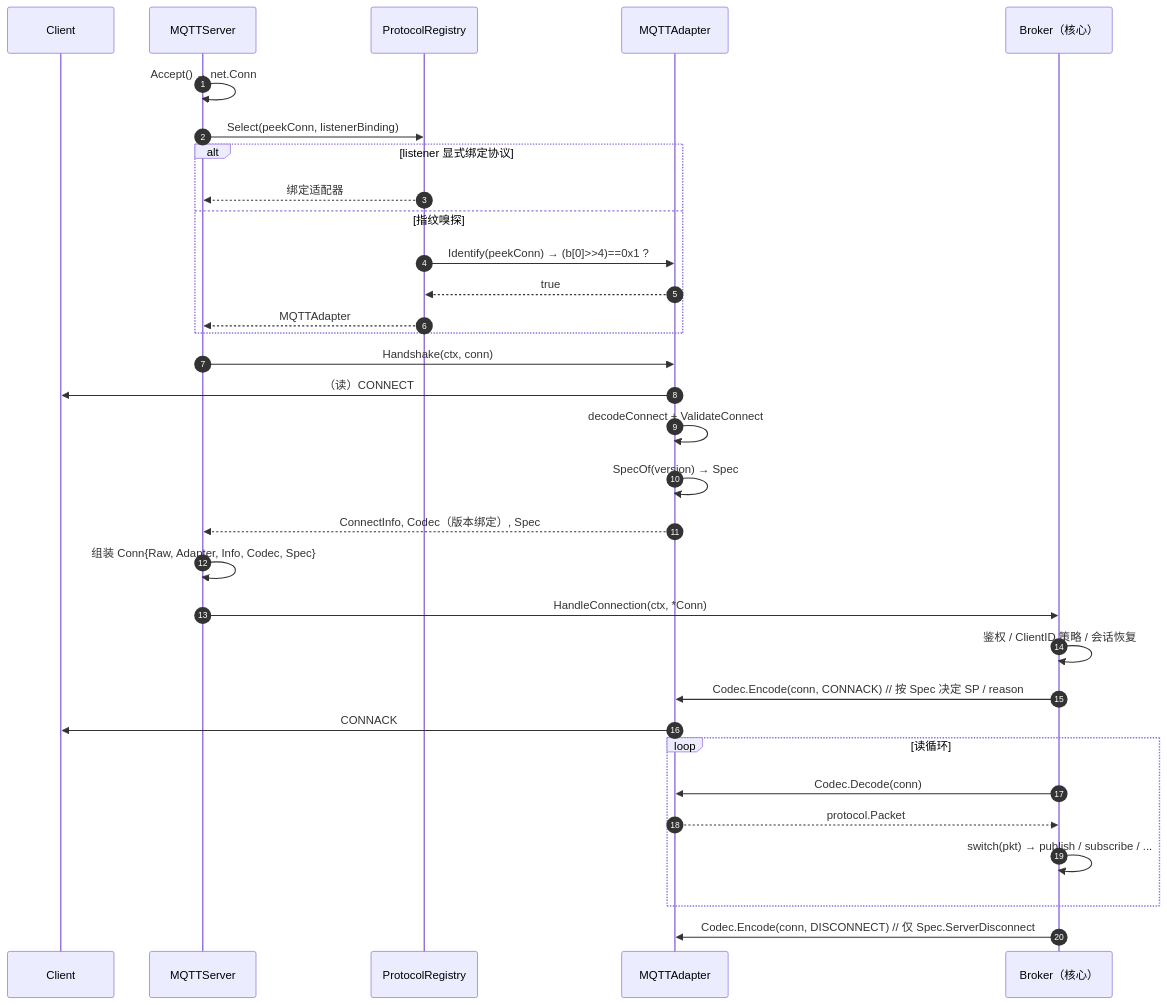
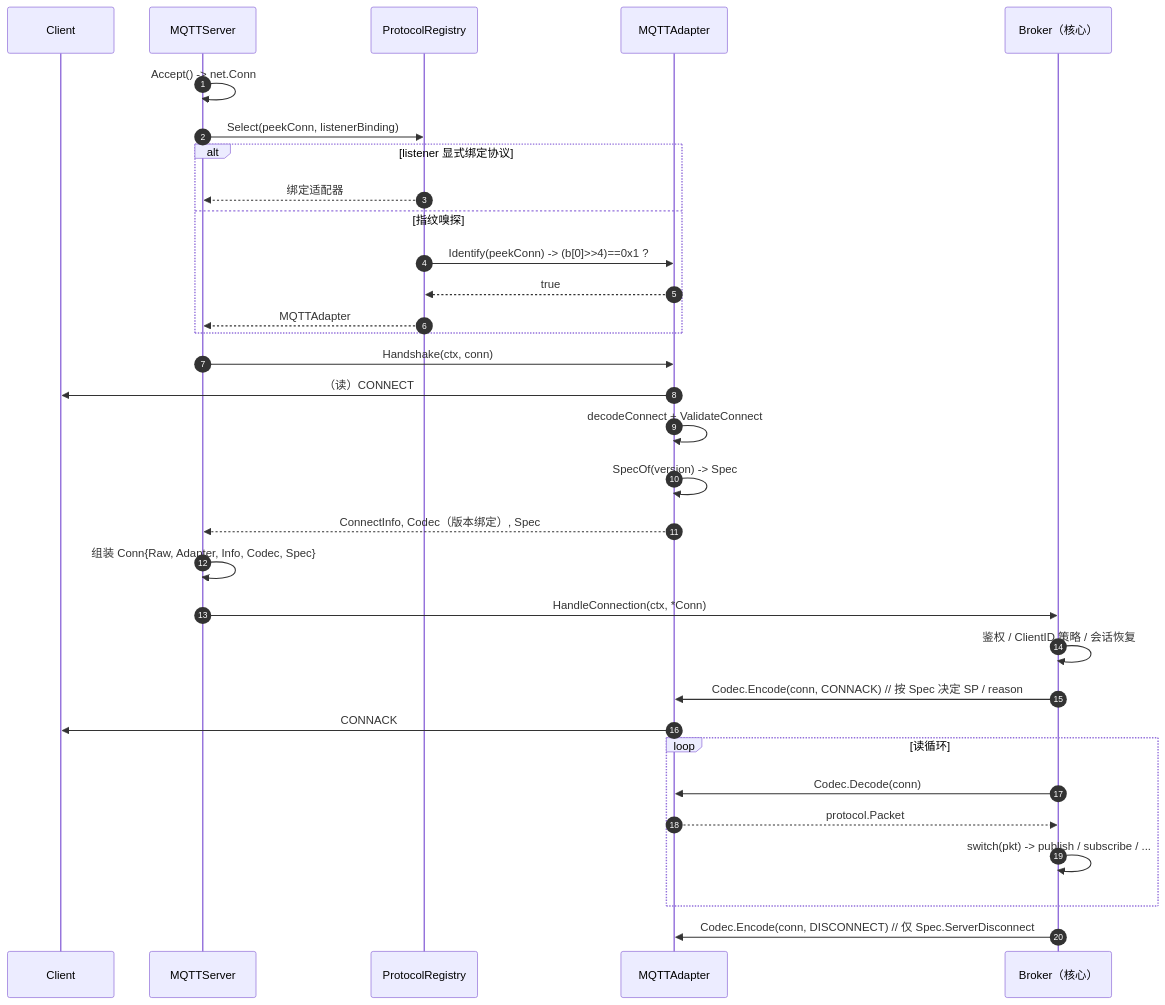
Before and after one commit to X1aSheng/shark-MQTT: the second of 3 diagrams in docs/architecture/PROTOCOL-ADAPTER-DESIGN.md, drawn with Mermaid. The commit also changed other lines of this file and 23 other files, not shown here.

````diff
--- a/docs/architecture/PROTOCOL-ADAPTER-DESIGN.md
+++ b/docs/architecture/PROTOCOL-ADAPTER-DESIGN.md
@@ -618,35 +618,35 @@
 ```mermaid
 sequenceDiagram
     autonumber
     participant C as Client
     participant S as MQTTServer
     participant R as ProtocolRegistry
     participant A as MQTTAdapter
     participant B as Broker（核心）
 
-    S->>S: Accept() → net.Conn
+    S->>S: Accept() -> net.Conn
     S->>R: Select(peekConn, listenerBinding)
     alt listener 显式绑定协议
         R-->>S: 绑定适配器
     else 指纹嗅探
-        R->>A: Identify(peekConn) → (b[0]>>4)==0x1 ?
+        R->>A: Identify(peekConn) -> (b[0]>>4)==0x1 ?
         A-->>R: true
         R-->>S: MQTTAdapter
     end
     S->>A: Handshake(ctx, conn)
     A->>C: （读）CONNECT
     A->>A: decodeConnect + ValidateConnect
-    A->>A: SpecOf(version) → Spec
+    A->>A: SpecOf(version) -> Spec
     A-->>S: ConnectInfo, Codec（版本绑定）, Spec
     S->>S: 组装 Conn{Raw, Adapter, Info, Codec, Spec}
     S->>B: HandleConnection(ctx, *Conn)
     B->>B: 鉴权 / ClientID 策略 / 会话恢复
     B->>A: Codec.Encode(conn, CONNACK)  // 按 Spec 决定 SP / reason
     A->>C: CONNACK
     loop 读循环
         B->>A: Codec.Decode(conn)
         A-->>B: protocol.Packet
-        B->>B: switch(pkt) → publish / subscribe / ...
+        B->>B: switch(pkt) -> publish / subscribe / ...
     end
     B->>A: Codec.Encode(conn, DISCONNECT)  // 仅 Spec.ServerDisconnect
 ```
````
